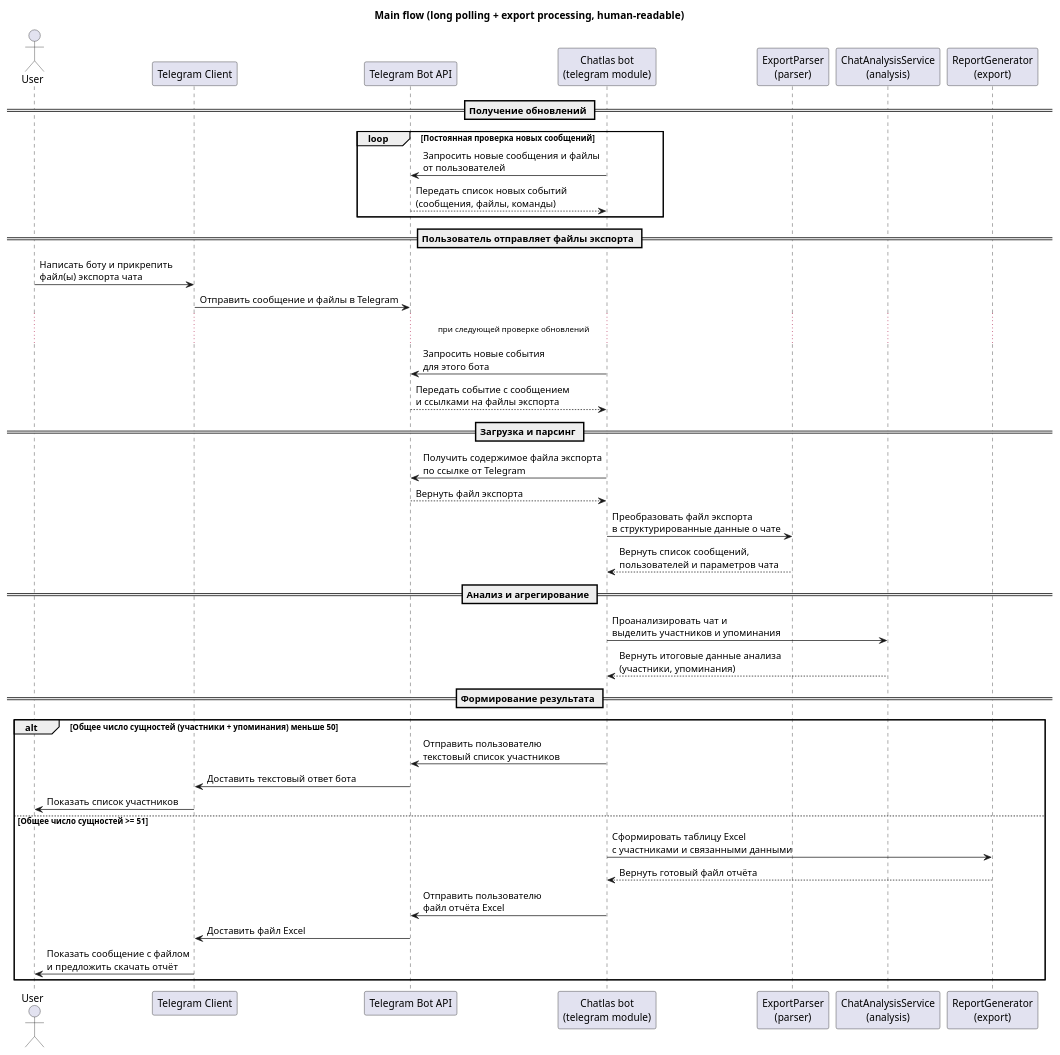
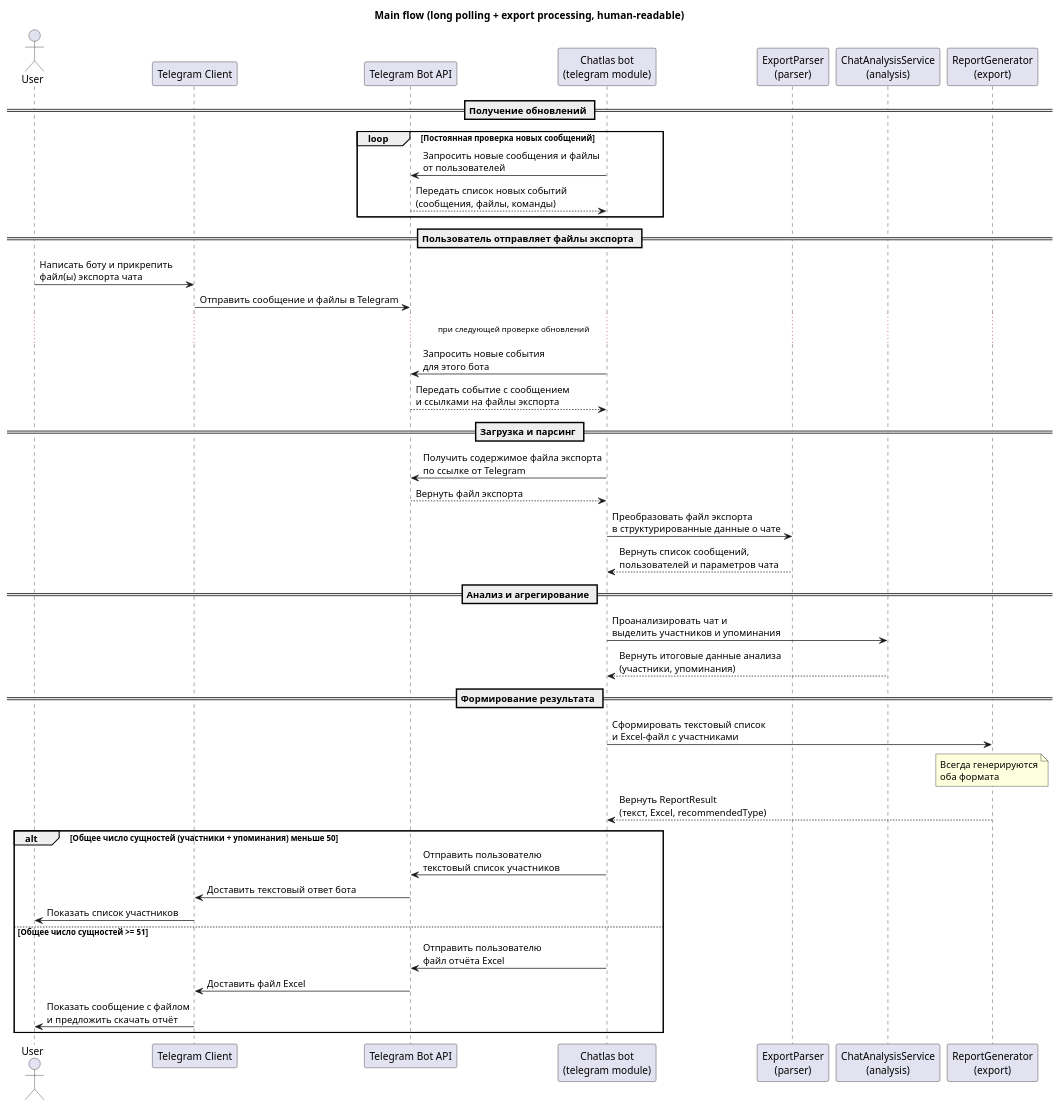
Before and after one commit to vspochernin/chatlas: the diagram in docs/diagrams/sequence.puml, drawn with PlantUML. The commit also changed 5 other files, not shown here.

```diff
--- a/docs/diagrams/sequence.puml
+++ b/docs/diagrams/sequence.puml
@@ -1,49 +1,50 @@
 @startuml sequence
 title Main flow (long polling + export processing, human-readable)
 
 actor User
 participant "Telegram Client" as TgClient
 participant "Telegram Bot API" as TgAPI
 participant "Chatlas bot\n(telegram module)" as Bot
 participant "ExportParser\n(parser)" as Parser
 participant "ChatAnalysisService\n(analysis)" as Analysis
 participant "ReportGenerator\n(export)" as ReportGen
 
 == Получение обновлений ==
 loop Постоянная проверка новых сообщений
   Bot -> TgAPI : Запросить новые сообщения и файлы\nот пользователей
   TgAPI --> Bot : Передать список новых событий\n(сообщения, файлы, команды)
 end
 
 == Пользователь отправляет файлы экспорта ==
 User -> TgClient : Написать боту и прикрепить\nфайл(ы) экспорта чата
 TgClient -> TgAPI : Отправить сообщение и файлы в Telegram
 ... при следующей проверке обновлений ...
 Bot -> TgAPI : Запросить новые события\nдля этого бота
 TgAPI --> Bot : Передать событие с сообщением\nи ссылками на файлы экспорта
 
 == Загрузка и парсинг ==
 Bot -> TgAPI : Получить содержимое файла экспорта\nпо ссылке от Telegram
 TgAPI --> Bot : Вернуть файл экспорта
 
 Bot -> Parser : Преобразовать файл экспорта\nв структурированные данные о чате
 Parser --> Bot : Вернуть список сообщений,\nпользователей и параметров чата
 
 == Анализ и агрегирование ==
 Bot -> Analysis : Проанализировать чат и\nвыделить участников и упоминания
 Analysis --> Bot : Вернуть итоговые данные анализа\n(участники, упоминания)
 
 == Формирование результата ==
+Bot -> ReportGen : Сформировать текстовый список\nи Excel-файл с участниками
+Note over ReportGen: Всегда генерируются\nоба формата
+ReportGen --> Bot : Вернуть ReportResult\n(текст, Excel, recommendedType)
 alt Общее число сущностей (участники + упоминания) меньше 50
   Bot -> TgAPI : Отправить пользователю\nтекстовый список участников
   TgAPI -> TgClient : Доставить текстовый ответ бота
   TgClient -> User : Показать список участников
 else Общее число сущностей >= 51
-  Bot -> ReportGen : Сформировать таблицу Excel\nс участниками и связанными данными
-  ReportGen --> Bot : Вернуть готовый файл отчёта
   Bot -> TgAPI : Отправить пользователю\nфайл отчёта Excel
   TgAPI -> TgClient : Доставить файл Excel
   TgClient -> User : Показать сообщение с файлом\nи предложить скачать отчёт
 end
 
 @enduml
```
